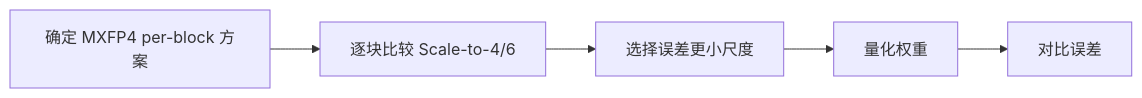
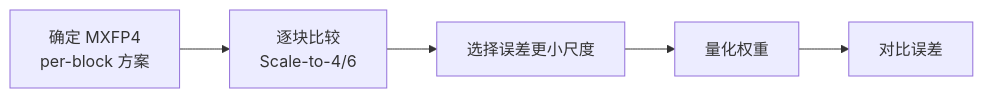
One commit to mindstudio-docs/master changed the diagram in msmodelslim/docs/zh/knowledge_base/quantization_algorithms/fouroversix/usage_fouroversix.md. Above: the diagram before and after it, drawn with Mermaid. The commit also changed other lines of this file and 235 other files, not shown here.

````diff
--- a/msmodelslim/docs/zh/knowledge_base/quantization_algorithms/fouroversix/usage_fouroversix.md
+++ b/msmodelslim/docs/zh/knowledge_base/quantization_algorithms/fouroversix/usage_fouroversix.md
@@ -24,7 +27,7 @@
 ```mermaid
 flowchart LR
-    A[确定 MXFP4 per-block 方案] --> B[逐块比较 Scale-to-4/6]
-    B[逐块比较 Scale-to-4/6] --> C[选择误差更小尺度]
-    C[选择误差更小尺度] --> D[量化权重]
-    D[量化权重] --> E[对比误差]
+    A[确定 MXFP4<br/>per-block 方案] --> B[逐块比较<br/>Scale-to-4/6]
+    B --> C[选择误差更小尺度]
+    C --> D[量化权重]
+    D --> E[对比误差]
 ```
````
